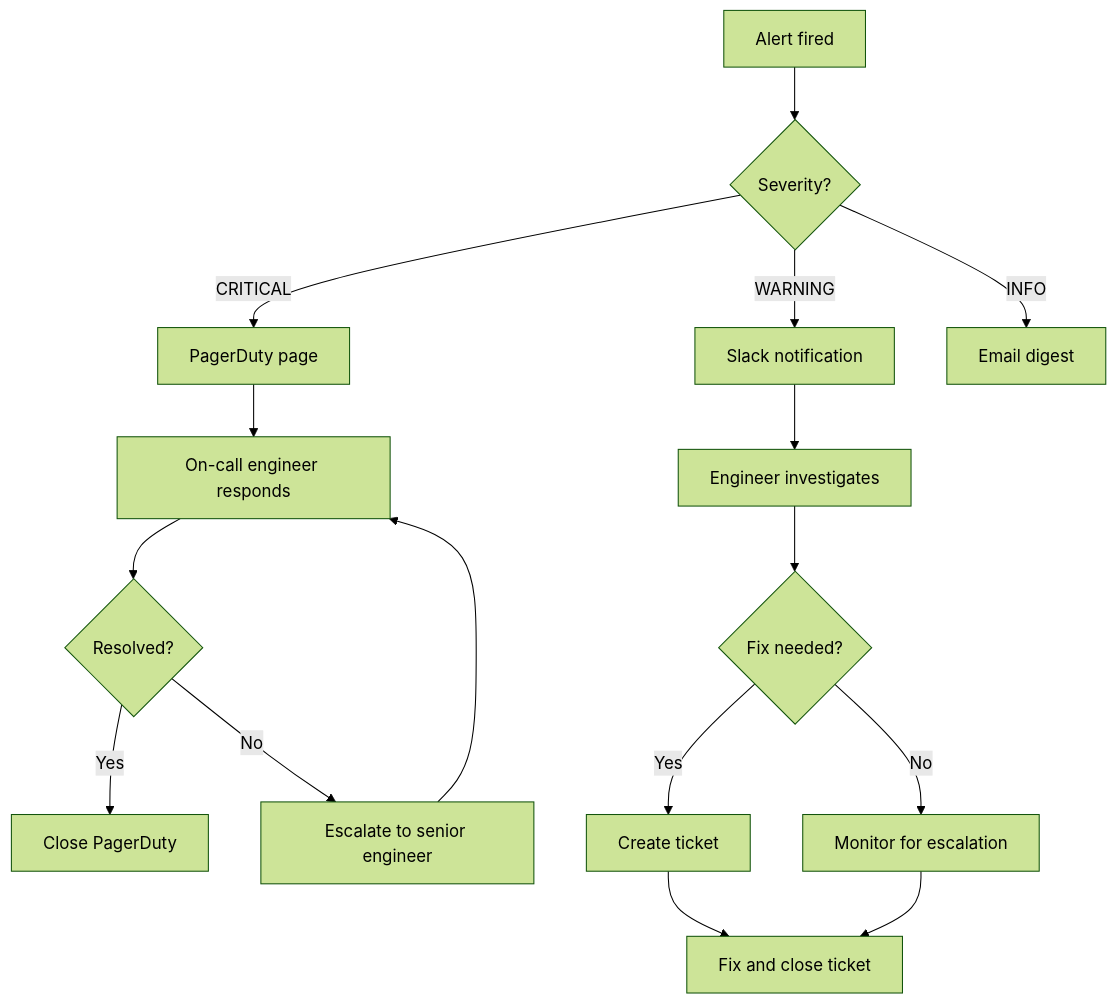
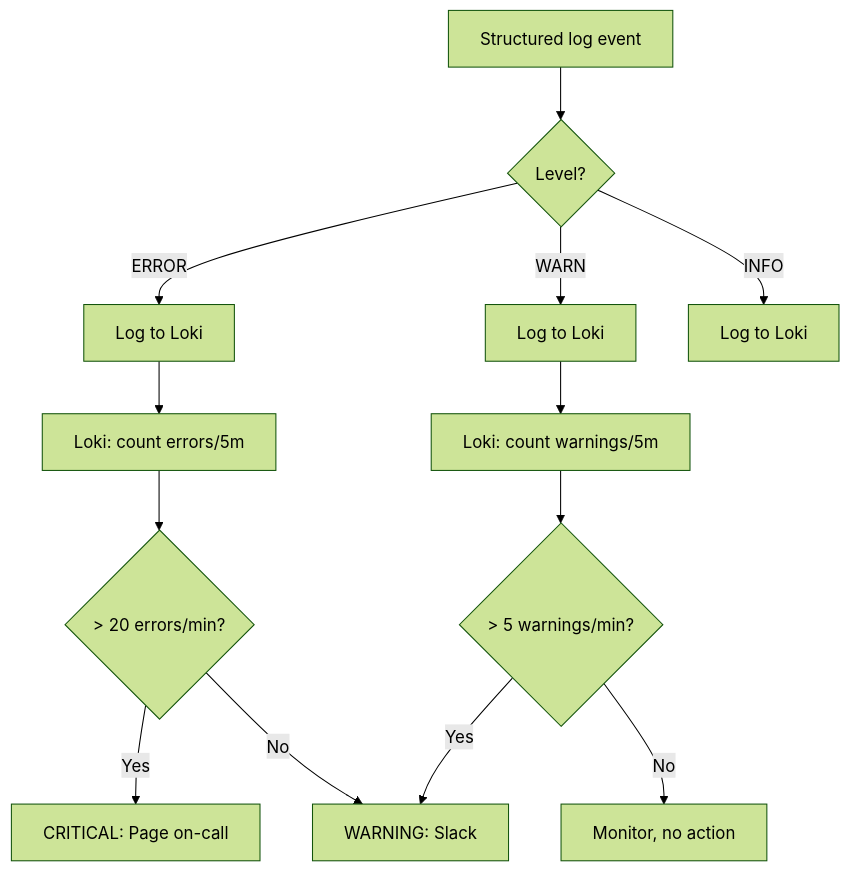
One commit to microscaler/sesame-idam changed the first of 3 diagrams in docs/Epics/09-observability/stories/story-9.7.md. Above: the diagram before and after it, drawn with Mermaid (forest theme). The commit also changed other lines of this file and 3 other files, not shown here.

````diff
--- a/docs/Epics/09-observability/stories/story-9.7.md
+++ b/docs/Epics/09-observability/stories/story-9.7.md
@@ -172,21 +94,18 @@
 ```mermaid
 flowchart TD
-    A[Alert fired] --> B{Severity?}
-    B -->|CRITICAL| C[PagerDuty page]
-    B -->|WARNING| D[Slack notification]
-    B -->|INFO| E[Email digest]
+    A[Structured log event] --> B{Level?}
+    B -->|ERROR| C[Log to Loki]
+    B -->|WARN| D[Log to Loki]
+    B -->|INFO| E[Log to Loki]
     
-    C --> F[On-call engineer responds]
-    F --> G{Resolved?}
-    G -->|Yes| H[Close PagerDuty]
-    G -->|No| I[Escalate to senior engineer]
-    I --> F
+    C --> F[Loki: count errors/5m]
+    D --> G[Loki: count warnings/5m]
     
-    D --> J[Engineer investigates]
-    J --> K{Fix needed?}
-    K -->|Yes| L[Create ticket]
-    K -->|No| M[Monitor for escalation]
+    F --> H{> 20 errors/min?}
+    H -->|Yes| I[CRITICAL: Page on-call]
+    H -->|No| J[WARNING: Slack]
     
-    L --> N[Fix and close ticket]
-    M --> N
+    G --> K{> 5 warnings/min?}
+    K -->|Yes| J
+    K -->|No| L[Monitor, no action]
 ```
````
